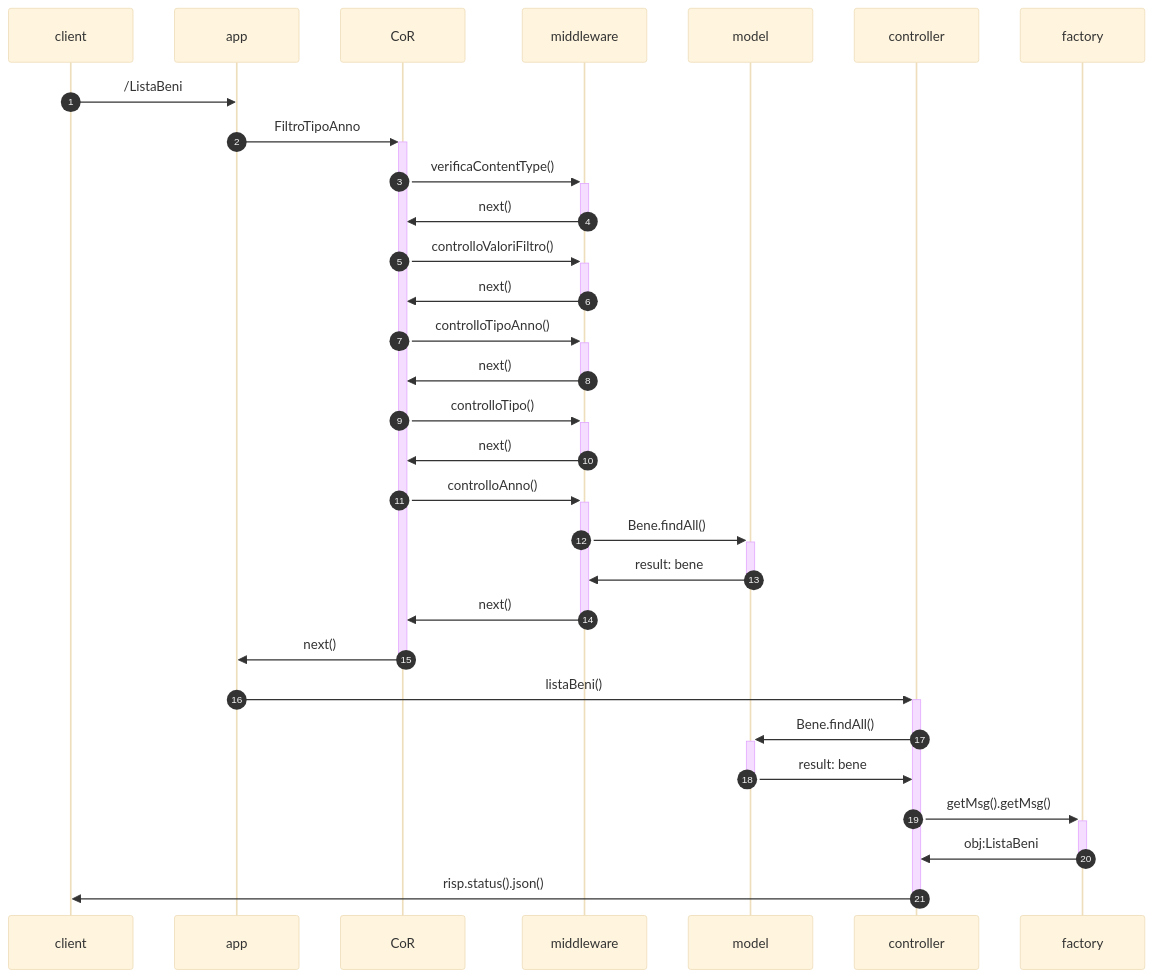
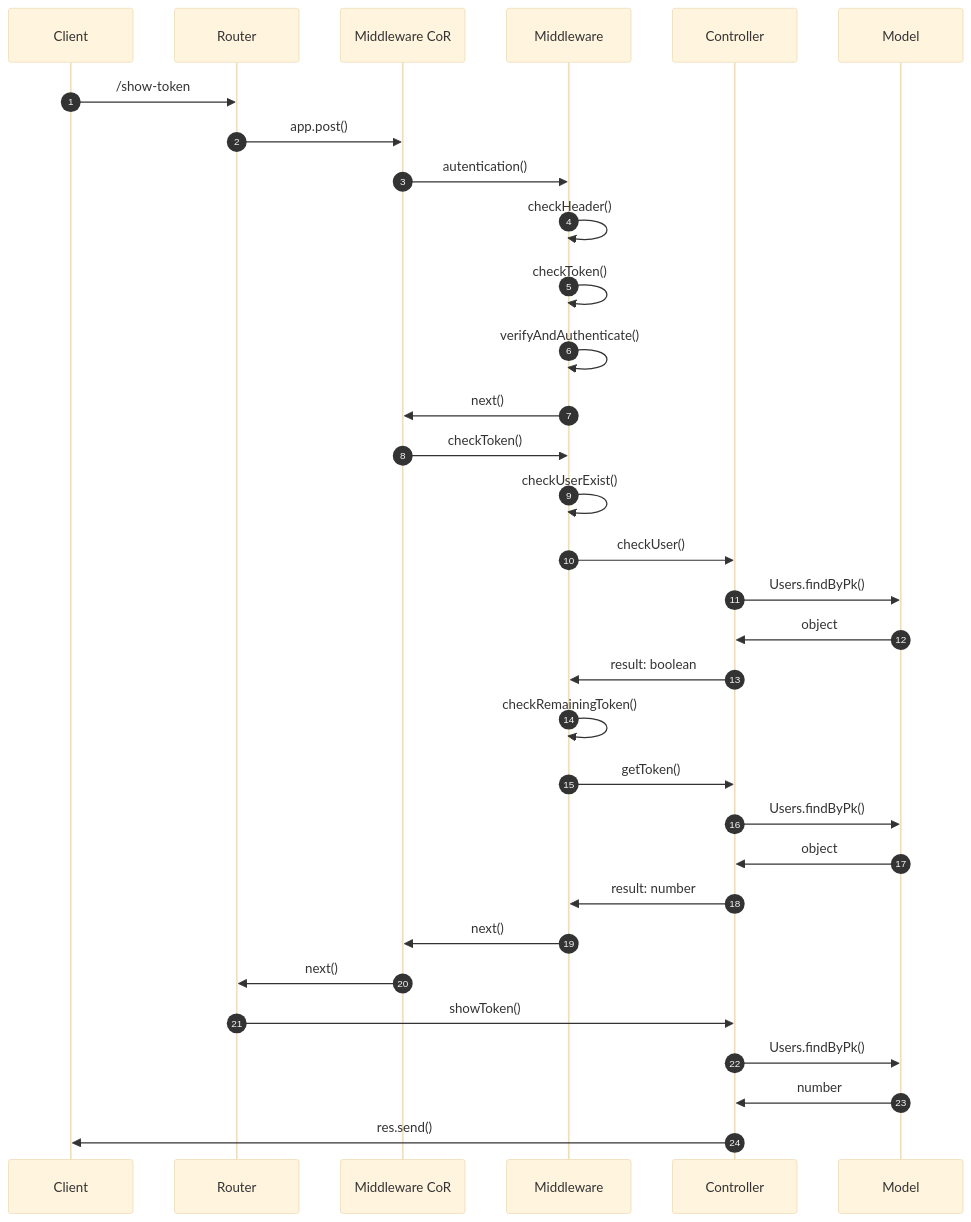
One commit to LucaAgos6/Battleship changed the second of 4 diagrams in README.md. Above: the diagram before and after it, drawn with Mermaid (base theme). The commit also changed other lines of this file, not shown here.

````diff
--- a/README.md
+++ b/README.md
@@ -134,25 +90,28 @@
 ```mermaid
 sequenceDiagram
 autonumber
-client ->> app: /ListaBeni
-app ->>+ CoR: FiltroTipoAnno
-CoR ->>+ middleware: verificaContentType()
-middleware ->>- CoR:  next()
-CoR ->>+ middleware: controlloValoriFiltro()
-middleware ->>- CoR:  next()
-CoR ->>+ middleware: controlloTipoAnno()
-middleware ->>- CoR:  next()
-CoR ->>+ middleware: controlloTipo()
-middleware ->>- CoR:  next()
-CoR ->>+ middleware: controlloAnno()
-middleware ->>+ model: Bene.findAll()
-model ->>- middleware: result: bene
-middleware ->>- CoR:  next()
-CoR ->>- app : next()
-app ->>+ controller: listaBeni()
-controller ->>+ model : Bene.findAll()
-model ->>- controller : result: bene
-controller ->>+ factory : getMsg().getMsg()
-factory ->>- controller: obj:ListaBeni
-controller ->>- client:  risp.status().json()
+Client->>Router: /show-token
+Router->>Middleware CoR: app.post()
+Middleware CoR->>Middleware: autentication()
+Middleware->>Middleware: checkHeader()
+Middleware->>Middleware: checkToken()
+Middleware->>Middleware: verifyAndAuthenticate()
+Middleware->>Middleware CoR: next()
+Middleware CoR->>Middleware: checkToken()
+Middleware->>Middleware: checkUserExist()
+Middleware->>Controller: checkUser()
+Controller->>Model: Users.findByPk()
+Model->>Controller: object
+Controller->>Middleware: result: boolean
+Middleware->>Middleware: checkRemainingToken()
+Middleware->>Controller: getToken()
+Controller->>Model: Users.findByPk()
+Model->>Controller: object
+Controller->>Middleware: result: number
+Middleware->>Middleware CoR: next()
+Middleware CoR->>Router: next()
+Router->>Controller: showToken()
+Controller->>Model: Users.findByPk()
+Model->>Controller: number
+Controller->>Client: res.send()
 ```
````
